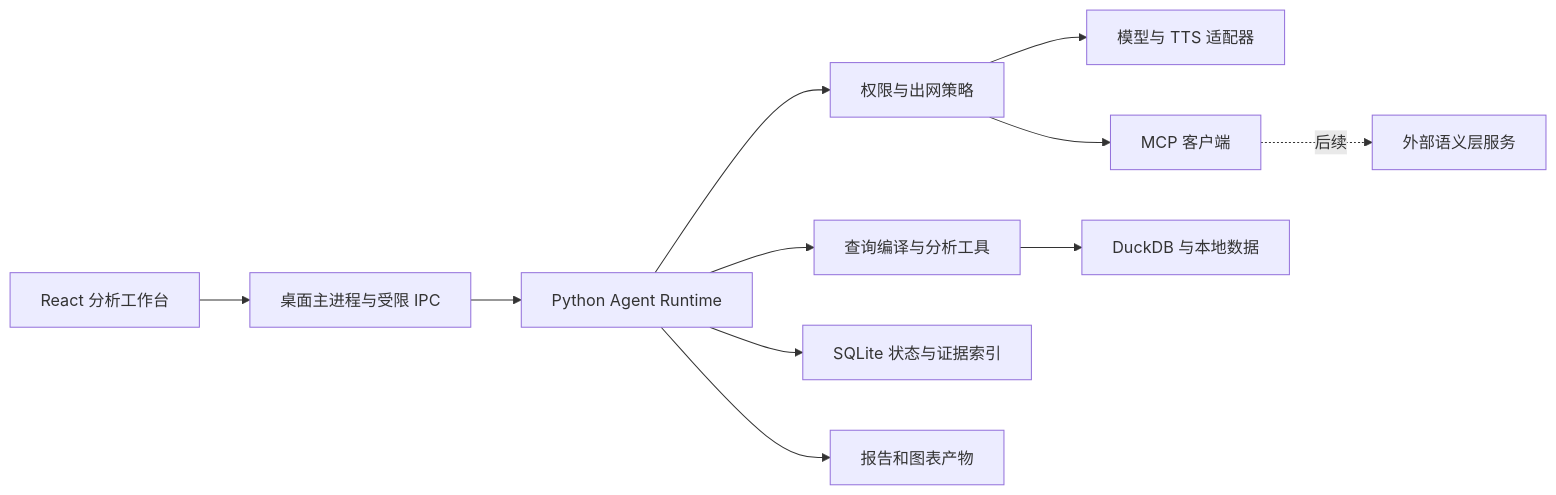
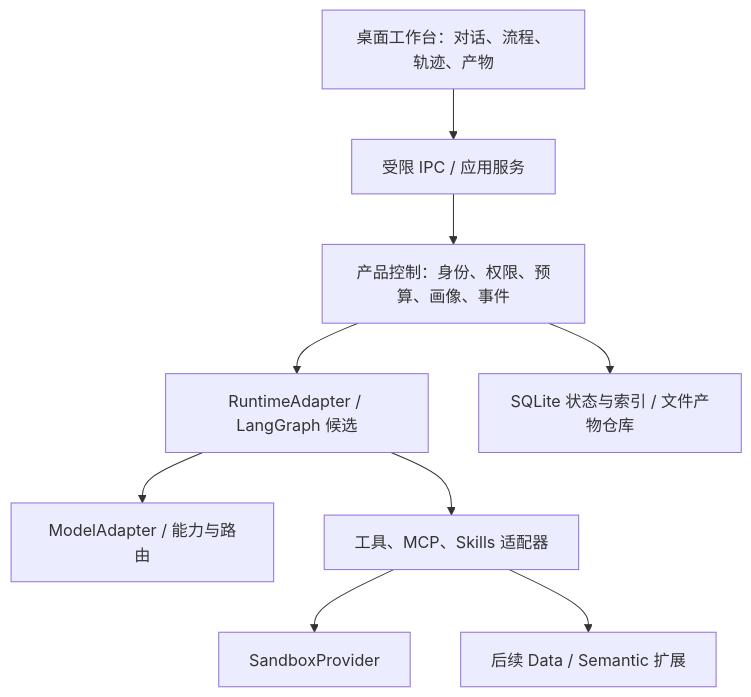
The diagram in docs/architecture/01-candidate-architecture.md (zhangtianhong-1998/xuanyue-data-agent), drawn with Mermaid before and after one commit. The commit also changed other lines of this file and 54 other files, not shown here.

````diff
--- a/docs/architecture/01-candidate-architecture.md
+++ b/docs/architecture/01-candidate-architecture.md
@@ -32,13 +9,11 @@
 ```mermaid
-flowchart LR
-    UI[React 分析工作台] --> Main[桌面主进程与受限 IPC]
-    Main --> Runtime[Python Agent Runtime]
-    Runtime --> Policy[权限与出网策略]
-    Policy --> Models[模型与 TTS 适配器]
-    Policy --> MCP[MCP 客户端]
-    Runtime --> Query[查询编译与分析工具]
-    Query --> Duck[DuckDB 与本地数据]
-    Runtime --> Store[SQLite 状态与证据索引]
-    Runtime --> Artifacts[报告和图表产物]
-    MCP -. 后续 .-> Semantics[外部语义层服务]
+flowchart TD
+  UI[桌面工作台：对话、流程、轨迹、产物] --> IPC[受限 IPC / 应用服务]
+  IPC --> C[产品控制：身份、权限、预算、画像、事件]
+  C --> R[RuntimeAdapter / LangGraph 候选]
+  R --> M[ModelAdapter / 能力与路由]
+  R --> T[工具、MCP、Skills 适配器]
+  T --> S[SandboxProvider]
+  T --> D[后续 Data / Semantic 扩展]
+  C --> DB[SQLite 状态与索引 / 文件产物仓库]
 ```
````
